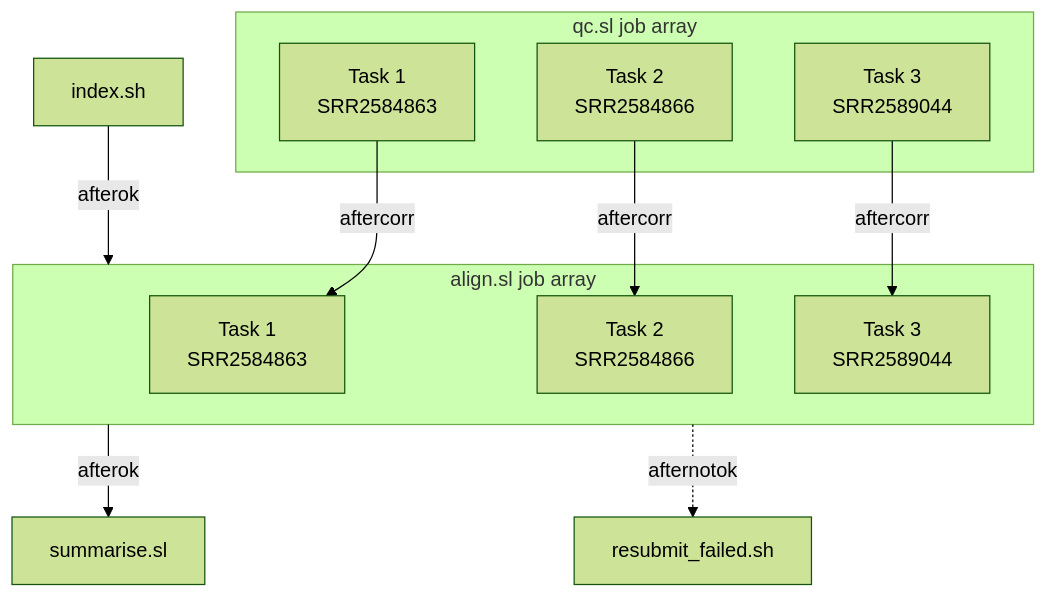
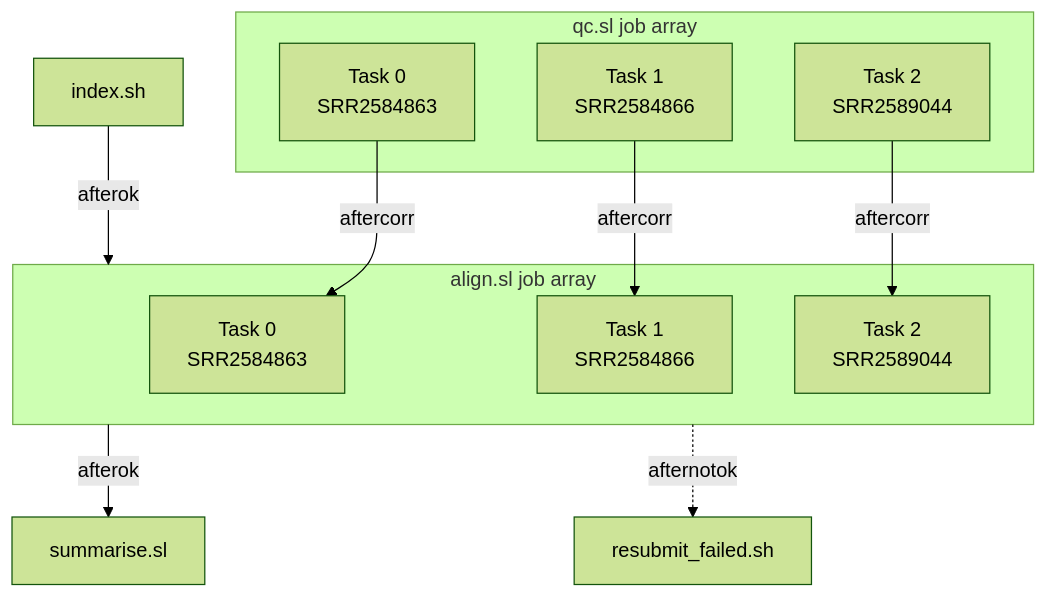
The diagram in docs/Tutorials/Job_Scripting/Job_Arrays.md (nesi/support-docs), drawn with Mermaid (forest theme) before and after one commit. The commit also changed other lines of this file and 13 other files, not shown here.

````diff
--- a/docs/Tutorials/Job_Scripting/Job_Arrays.md
+++ b/docs/Tutorials/Job_Scripting/Job_Arrays.md
@@ -167,20 +170,20 @@
 ```mermaid
 flowchart TB
     subgraph qc["qc.sl job array"]
-        qc1["Task 1<br>SRR2584863"]
-        qc2["Task 2<br>SRR2584866"]
-        qc3["Task 3<br>SRR2589044"]
+        qc1["Task 0<br>SRR2584863"]
+        qc2["Task 1<br>SRR2584866"]
+        qc3["Task 2<br>SRR2589044"]
     end
     index["index.sh"]
     subgraph align["align.sl job array"]
-        align1["Task 1<br>SRR2584863"]
-        align2["Task 2<br>SRR2584866"]
-        align3["Task 3<br>SRR2589044"]
+        align1["Task 0<br>SRR2584863"]
+        align2["Task 1<br>SRR2584866"]
+        align3["Task 2<br>SRR2589044"]
     end
     qc1 -- aftercorr --> align1
     qc2 -- aftercorr --> align2
     qc3 -- aftercorr --> align3
     index -- afterok --> align
     align -- afterok --> summarise["summarise.sl"]
     align -. afternotok .-> resubmit["resubmit_failed.sh"]
 ```
````
